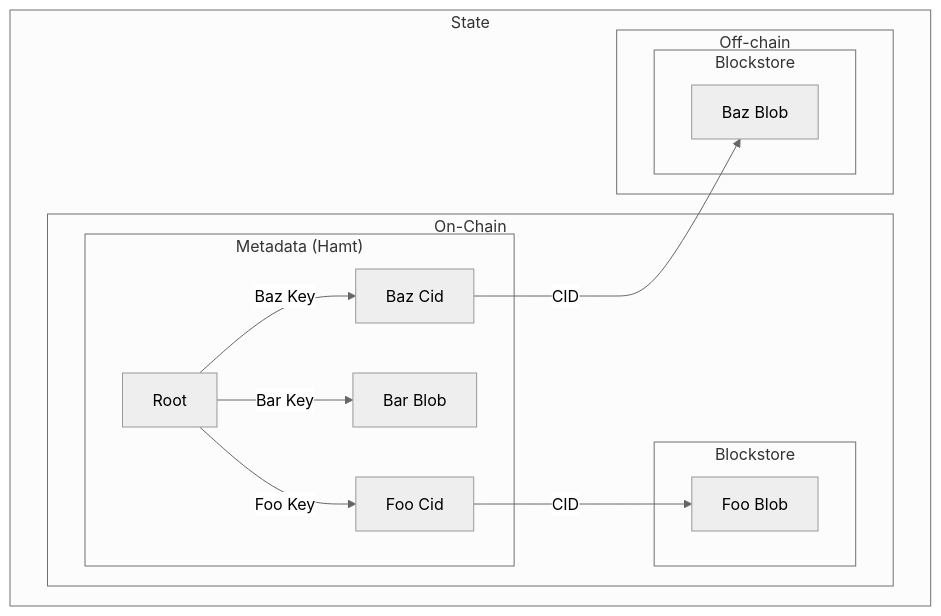
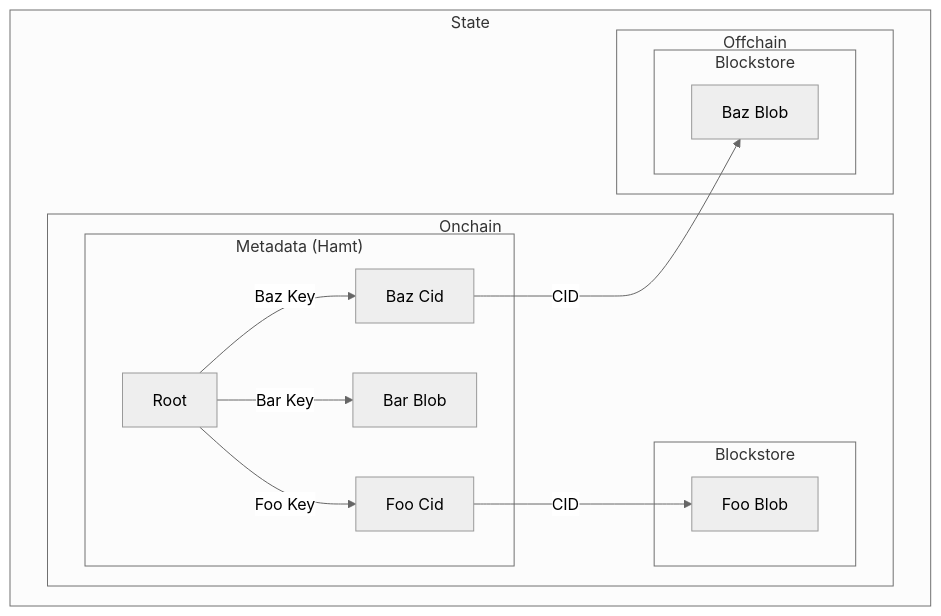
One commit to recallnet/docs changed the second of 2 diagrams in pages/architecture/data-contracts.mdx. Above: the diagram before and after it, drawn with Mermaid (neutral theme). The commit also changed 3 other files, not shown here.

Commit message:
chore: remove hyphenated on/off -chain

````diff
--- a/pages/architecture/data-contracts.mdx
+++ b/pages/architecture/data-contracts.mdx
@@ -79,23 +79,23 @@
 ```mermaid
 graph TD
   subgraph State["State"]
-    subgraph Chain["On-Chain"]
+    subgraph Chain["Onchain"]
       subgraph Metadata["Metadata (Hamt)"]
           Root -->|Foo Key| FooCid["Foo Cid"]
           Root -->|Bar Key| BarBlock["Bar Blob"]
           Root -->|Baz Key| BazCid["Baz Cid"]
         end
       subgraph Blockstore["Blockstore"]
         FooBlob["Foo Blob"]
       end
       FooCid -->|CID| FooBlob
     end
-    subgraph External["Off-chain"]
+    subgraph External["Offchain"]
       subgraph Other["Blockstore"]
         BazBlob["Baz Blob"]
       end
     end
     BazCid -->|CID| BazBlob
   end
 
 ```
````
